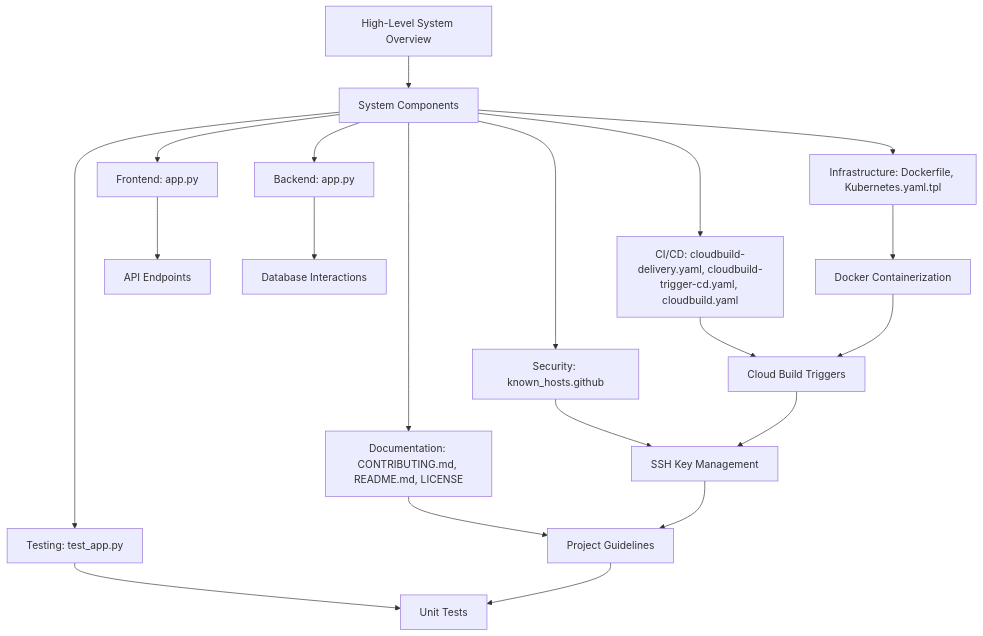
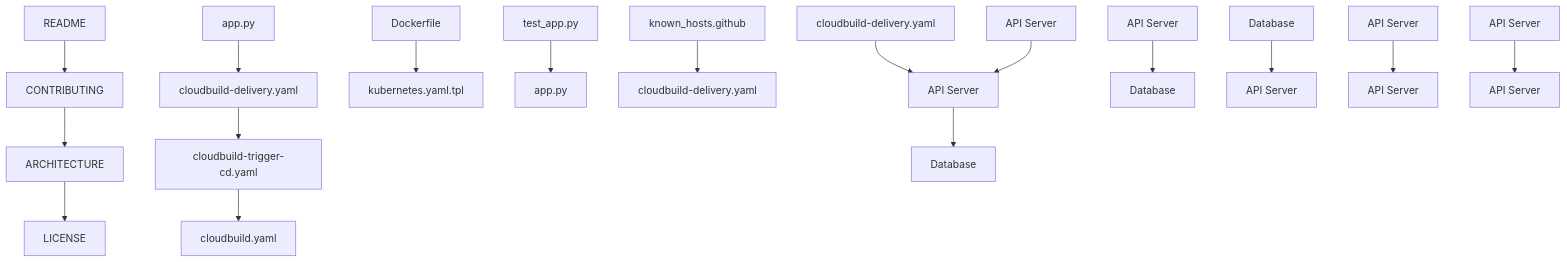
The diagram in ARCHITECTURE.md (nirzaraghure/hello-cloudbuild-app), drawn with Mermaid before and after one commit.

Commit message:
🤖 GitGenius: AI-generated code fix

````diff
--- a/ARCHITECTURE.md
+++ b/ARCHITECTURE.md
@@ -3,24 +3,19 @@
 ```mermaid
 graph TD
-    A[High-Level System Overview] --> B[System Components]
-    B --> C[Frontend: app.py]
-    B --> D[Backend: app.py]
-    B --> E[Infrastructure: Dockerfile, Kubernetes.yaml.tpl]
-    B --> F[CI/CD: cloudbuild-delivery.yaml, cloudbuild-trigger-cd.yaml, cloudbuild.yaml]
-    B --> G[Security: known_hosts.github]
-    B --> H[Documentation: CONTRIBUTING.md, README.md, LICENSE]
-    B --> I[Testing: test_app.py]
-
-    C --> J[API Endpoints]
-    D --> K[Database Interactions]
-    E --> L[Docker Containerization]
-    F --> M[Cloud Build Triggers]
-    G --> N[SSH Key Management]
-    H --> O[Project Guidelines]
-    I --> P[Unit Tests]
-
-    L --> M
-    M --> N
-    N --> O
-    O --> P
+    A[README] --> B[CONTRIBUTING]
+    B --> C[ARCHITECTURE]
+    C --> D[LICENSE]
+    E[app.py] --> F[cloudbuild-delivery.yaml]
+    F --> G[cloudbuild-trigger-cd.yaml]
+    G --> H[cloudbuild.yaml]
+    I[Dockerfile] --> J[kubernetes.yaml.tpl]
+    K[test_app.py] --> L[app.py]
+    M[known_hosts.github] --> N[cloudbuild-delivery.yaml]
+    O[cloudbuild-delivery.yaml] --> P[API Server]
+    P --> Q[Database]
+    R[API Server] --> S[Database]
+    T[Database] --> U[API Server]
+    V[API Server] --> W[API Server]
+    X[API Server] --> Y[API Server]
+    Z[API Server] --> P
 ```
````
